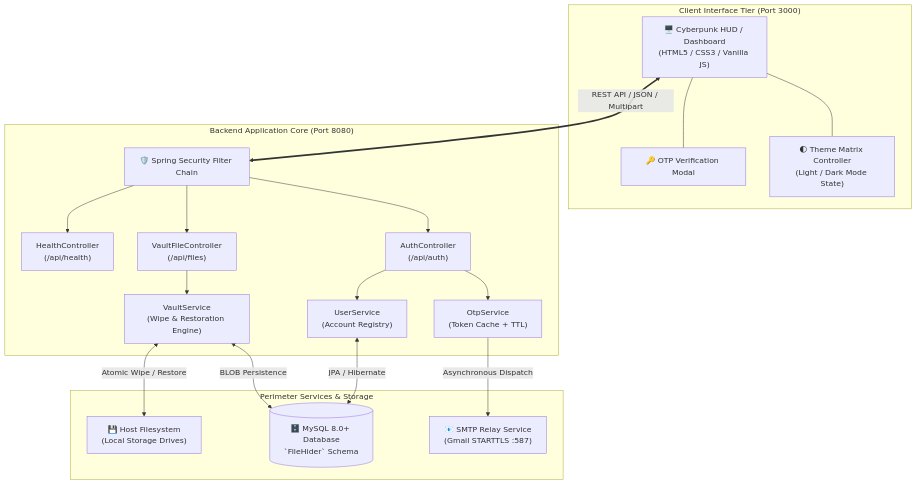
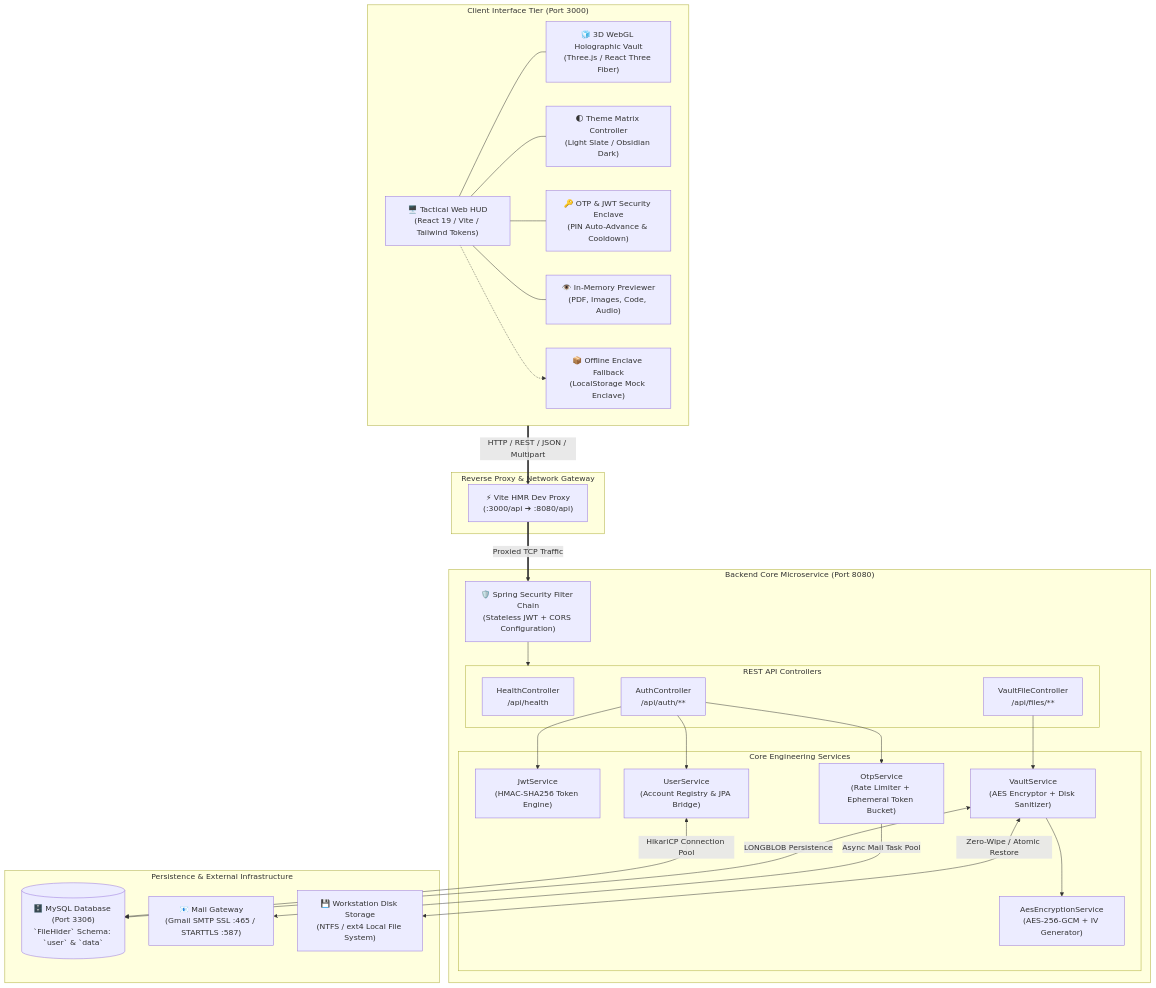
Before and after one commit to satwik12dev/File-Hider: the first of 5 diagrams in README.md, drawn with Mermaid. The commit also changed other lines of this file and 45 other files, not shown here.

````diff
--- a/README.md
+++ b/README.md
@@ -111,38 +99,57 @@
 ```mermaid
 flowchart TB
     subgraph ClientLayer ["Client Interface Tier (Port 3000)"]
-        UI["🖥️ Cyberpunk HUD / Dashboard<br/>(HTML5 / CSS3 / Vanilla JS)"]
-        Theme["🌓 Theme Matrix Controller<br/>(Light / Dark Mode State)"]
-        AuthUI["🔑 OTP Verification Modal"]
-        UI --- Theme
-        UI --- AuthUI
+        UI["🖥️ Tactical Web HUD<br/>(React 19 / Vite / Tailwind Tokens)"]
+        ThreeCanvas["🧊 3D WebGL Holographic Vault<br/>(Three.js / React Three Fiber)"]
+        ThemeEngine["🌓 Theme Matrix Controller<br/>(Light Slate / Obsidian Dark)"]
+        AuthModal["🔑 OTP & JWT Security Enclave<br/>(PIN Auto-Advance & Cooldown)"]
+        PreviewEng["👁️ In-Memory Previewer<br/>(PDF, Images, Code, Audio)"]
+        OfflineFallback["📦 Offline Enclave Fallback<br/>(LocalStorage Mock Enclave)"]
+
+        UI --- ThreeCanvas
+        UI --- ThemeEngine
+        UI --- AuthModal
+        UI --- PreviewEng
+        UI -.-> OfflineFallback
     end
 
-    subgraph APILayer ["Backend Application Core (Port 8080)"]
-        Security["🛡️ Spring Security Filter Chain"]
-        AuthCtrl["AuthController<br/>(/api/auth)"]
-        VaultCtrl["VaultFileController<br/>(/api/files)"]
-        HealthCtrl["HealthController<br/>(/api/health)"]
-        
-        OtpSvc["OtpService<br/>(Token Cache + TTL)"]
-        UserSvc["UserService<br/>(Account Registry)"]
-        VaultSvc["VaultService<br/>(Wipe & Restoration Engine)"]
+    subgraph ReverseProxy ["Reverse Proxy & Network Gateway"]
+        ViteProxy["⚡ Vite HMR Dev Proxy<br/>(:3000/api ➔ :8080/api)"]
     end
 
-    subgraph ExternalServices ["Perimeter Services & Storage"]
-        MySQL[("🗄️ MySQL 8.0+ Database<br/>`FileHider` Schema")]
-        SMTP["📧 SMTP Relay Service<br/>(Gmail STARTTLS :587)"]
-        HostFS["💾 Host Filesystem<br/>(Local Storage Drives)"]
+    subgraph BackendLayer ["Backend Core Microservice (Port 8080)"]
+        SecurityFilter["🛡️ Spring Security Filter Chain<br/>(Stateless JWT + CORS Configuration)"]
+        
+        subgraph Controllers ["REST API Controllers"]
+            HealthCtrl["HealthController<br/>/api/health"]
+            AuthCtrl["AuthController<br/>/api/auth/**"]
+            VaultCtrl["VaultFileController<br/>/api/files/**"]
+        end
+
+        subgraph CoreServices ["Core Engineering Services"]
+            JwtSvc["JwtService<br/>(HMAC-SHA256 Token Engine)"]
+            OtpSvc["OtpService<br/>(Rate Limiter + Ephemeral Token Bucket)"]
+            UserSvc["UserService<br/>(Account Registry & JPA Bridge)"]
+            VaultSvc["VaultService<br/>(AES Encryptor + Disk Sanitizer)"]
+            CryptoEng["AesEncryptionService<br/>(AES-256-GCM + IV Generator)"]
+        end
+
+        SecurityFilter --> Controllers
+        AuthCtrl --> JwtSvc & OtpSvc & UserSvc
+        VaultCtrl --> VaultSvc
+        VaultSvc --> CryptoEng
     end
 
-    UI <==>|"REST API / JSON / Multipart"| Security
-    Security --> AuthCtrl & VaultCtrl & HealthCtrl
-    
-    AuthCtrl --> OtpSvc & UserSvc
-    VaultCtrl --> VaultSvc
-    
-    OtpSvc -->|"Asynchronous Dispatch"| SMTP
-    UserSvc <-->|"JPA / Hibernate"| MySQL
-    VaultSvc <-->|"BLOB Persistence"| MySQL
-    VaultSvc <-->|"Atomic Wipe / Restore"| HostFS
+    subgraph DataPersistence ["Persistence & External Infrastructure"]
+        MySQL[("🗄️ MySQL Database (Port 3306)<br/>`FileHider` Schema: `user` & `data`")]
+        SMTP["📧 Mail Gateway<br/>(Gmail SMTP SSL :465 / STARTTLS :587)"]
+        HostFS["💾 Workstation Disk Storage<br/>(NTFS / ext4 Local File System)"]
+    end
+
+    ClientLayer ==>|"HTTP / REST / JSON / Multipart"| ViteProxy
+    ViteProxy ==>|"Proxied TCP Traffic"| SecurityFilter
+    OtpSvc -->|"Async Mail Task Pool"| SMTP
+    UserSvc <-->|"HikariCP Connection Pool"| MySQL
+    VaultSvc <-->|"LONGBLOB Persistence"| MySQL
+    VaultSvc <-->|"Zero-Wipe / Atomic Restore"| HostFS
 ```
````
